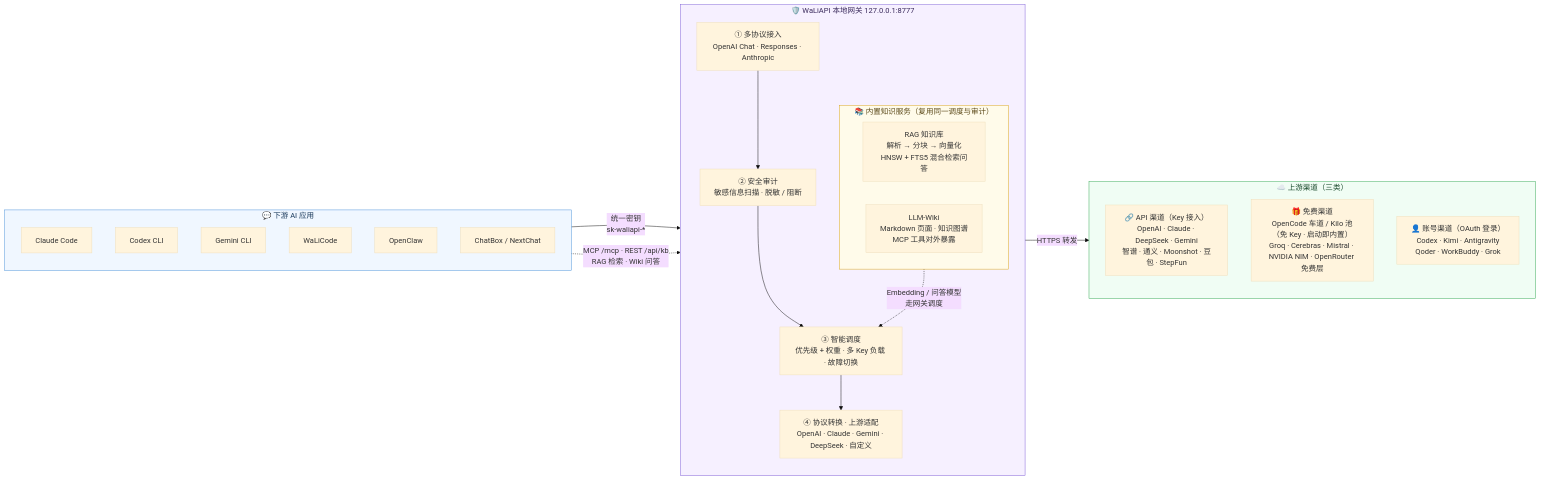
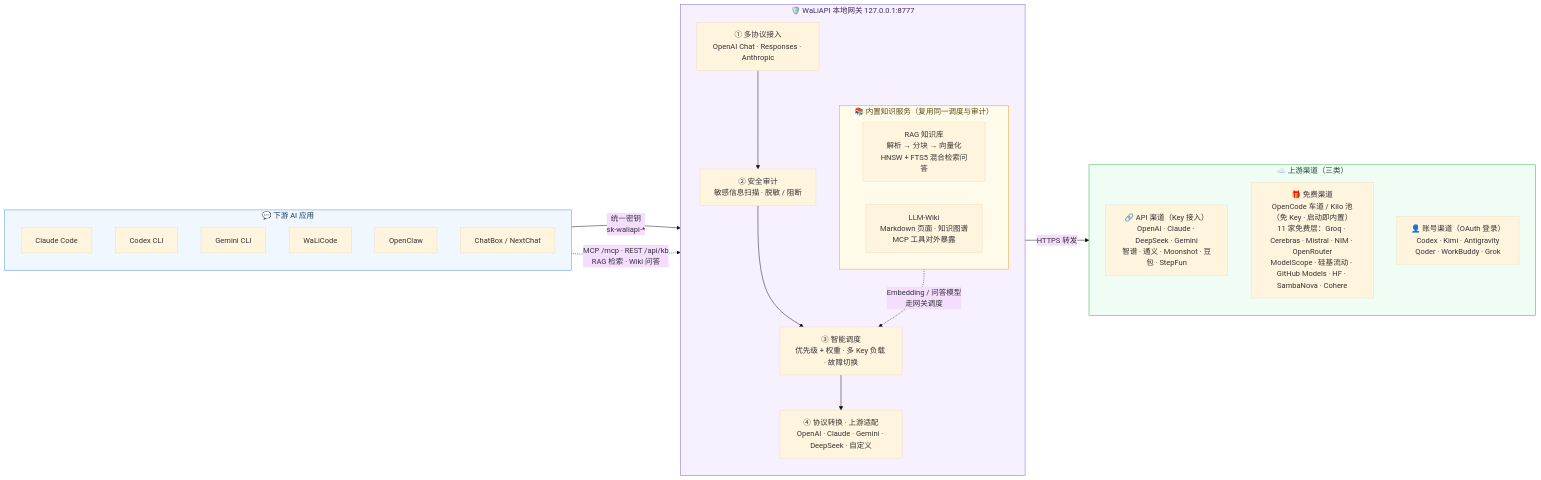
Before and after one commit to fuzhengwei/WaLiAPI: the first of 4 diagrams in README.md, drawn with Mermaid (base theme). The commit also changed other lines of this file and 3 other files, not shown here.

````diff
--- a/README.md
+++ b/README.md
@@ -31,45 +31,45 @@
 ```mermaid
 flowchart LR
     subgraph Clients["💬 下游 AI 应用"]
         direction TB
         A1["Claude Code"]
         A2["Codex CLI"]
         A3["Gemini CLI"]
         A4["WaLiCode"]
         A5["OpenClaw"]
         A6["ChatBox / NextChat"]
     end
 
     subgraph Gateway["🛡️ WaLiAPI 本地网关  127.0.0.1:8777"]
         direction TB
         B["① 多协议接入<br/>OpenAI Chat · Responses · Anthropic"]
         C["② 安全审计<br/>敏感信息扫描 · 脱敏 / 阻断"]
         D["③ 智能调度<br/>优先级 + 权重 · 多 Key 负载 · 故障切换"]
         E["④ 协议转换 · 上游适配<br/>OpenAI · Claude · Gemini · DeepSeek · 自定义"]
 
         B --> C --> D --> E
 
         subgraph Knowledge["📚 内置知识服务（复用同一调度与审计）"]
             direction LR
             R["RAG 知识库<br/>解析 → 分块 → 向量化<br/>HNSW + FTS5 混合检索问答"]
             W["LLM-Wiki<br/>Markdown 页面 · 知识图谱<br/>MCP 工具对外暴露"]
         end
     end
 
     subgraph Channels["☁️ 上游渠道（三类）"]
         direction TB
         F1["🔗 API 渠道（Key 接入）<br/>OpenAI · Claude · DeepSeek · Gemini<br/>智谱 · 通义 · Moonshot · 豆包 · StepFun"]
-        F2["🎁 免费渠道<br/>OpenCode 车道 / Kilo 池（免 Key · 启动即内置）<br/>Groq · Cerebras · Mistral · NVIDIA NIM · OpenRouter 免费层"]
+        F2["🎁 免费渠道<br/>OpenCode 车道 / Kilo 池（免 Key · 启动即内置）<br/>11 家免费层：Groq · Cerebras · Mistral · NIM · OpenRouter<br/>ModelScope · 硅基流动 · GitHub Models · HF · SambaNova · Cohere"]
         F3["👤 账号渠道（OAuth 登录）<br/>Codex · Kimi · Antigravity<br/>Qoder · WorkBuddy · Grok"]
     end
 
     Clients -- "统一密钥<br/>sk-waliapi-*" --> B
     E -- "HTTPS 转发" --> Channels
     Clients -. "MCP /mcp · REST /api/kb<br/>RAG 检索 · Wiki 问答" .-> Knowledge
     Knowledge -. "Embedding / 问答模型<br/>走网关调度" .-> D
 
     style Clients fill:#f0f7ff,stroke:#4a90d9,color:#1a3a5c
     style Gateway fill:#f6f0ff,stroke:#7c5cd6,color:#3a2a5c
     style Knowledge fill:#fffbea,stroke:#d9a514,color:#5c4a1a
     style Channels fill:#f0fdf4,stroke:#34a853,color:#1a4a2c
 ```
````
